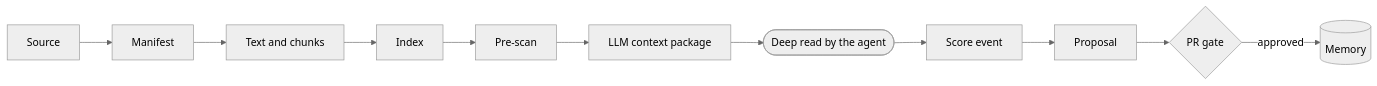
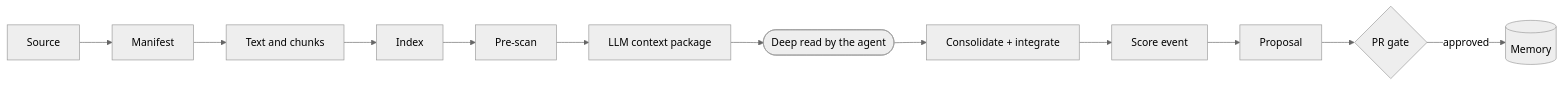
One commit to kimlage/wiki-viva-kit changed the diagram in memories/system/ingestion-process.md. Above: the diagram before and after it, drawn with Mermaid (neutral theme). The commit also changed other lines of this file and 23 other files, not shown here.

````diff
--- a/memories/system/ingestion-process.md
+++ b/memories/system/ingestion-process.md
@@ -38,13 +43,14 @@
 ```mermaid
 flowchart LR
     Source["Source"] --> Manifest["Manifest"]
     Manifest --> Chunks["Text and chunks"]
     Chunks --> Index["Index"]
     Index --> Prescan["Pre-scan"]
     Prescan --> Package["LLM context package"]
     Package --> DeepRead(["Deep read by the agent"])
-    DeepRead --> Score["Score event"]
+    DeepRead --> Integrate["Consolidate + integrate"]
+    Integrate --> Score["Score event"]
     Score --> Proposal["Proposal"]
     Proposal --> Gate{"PR gate"}
     Gate -->|approved| Memory[("Memory")]
 ```
````
